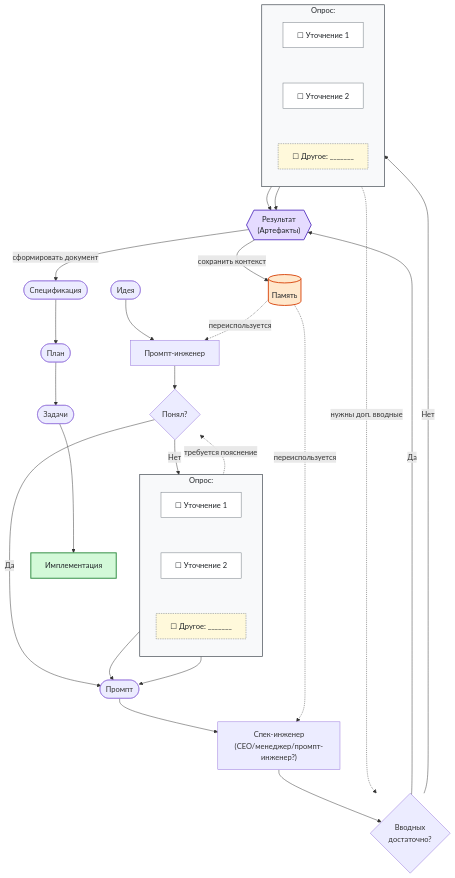
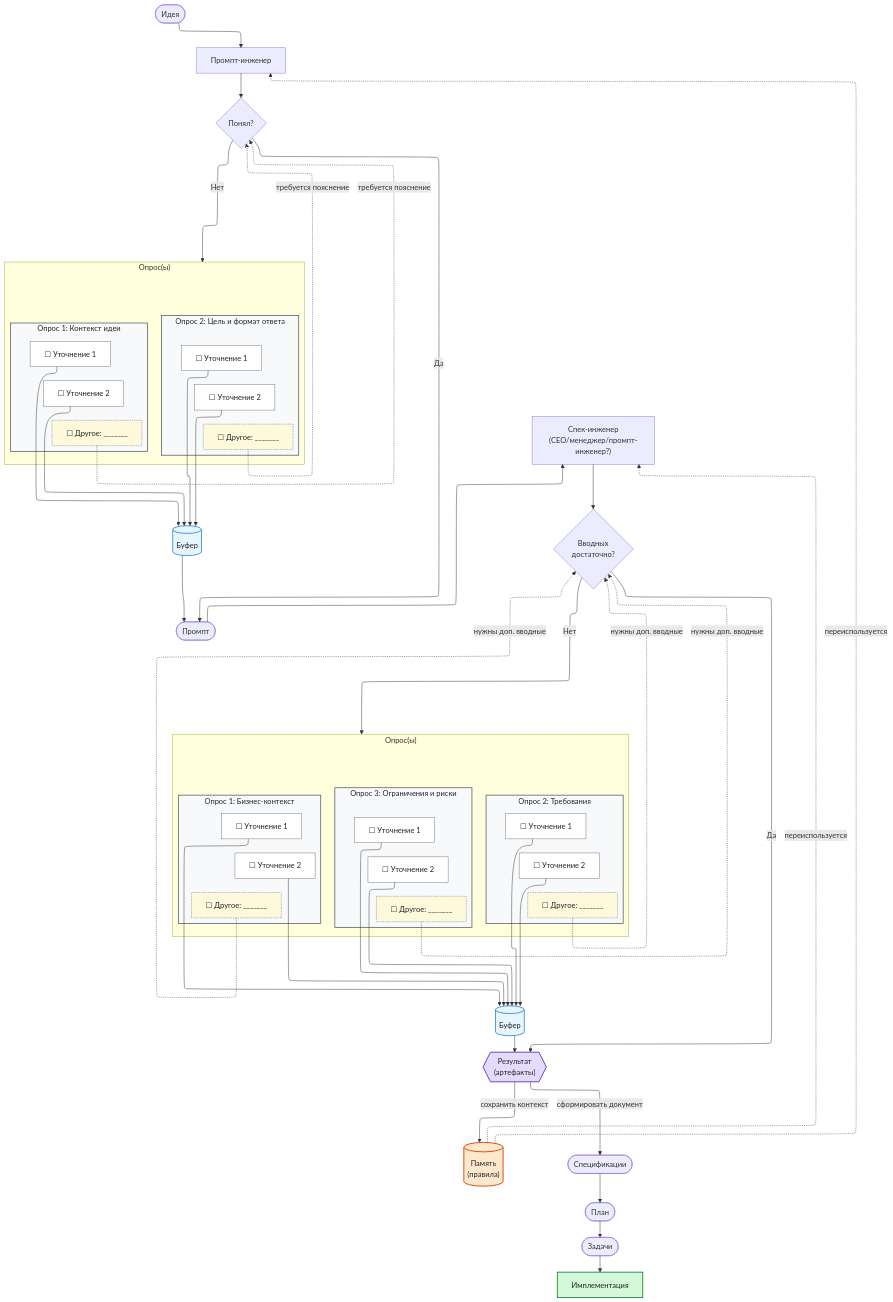
Before and after one commit to teratron/magic-spec: the diagram in .drafts/блок-схема.md, drawn with Mermaid. The commit also changed other lines of this file and 1 other file, not shown here.

Commit message:
Please provide the code changes or file diffs you would like me to summarize.

````diff
--- a/.drafts/блок-схема.md
+++ b/.drafts/блок-схема.md
@@ -5,60 +10,97 @@
 ```mermaid
-flowchart TD
+%%{init: {'flowchart': {'defaultRenderer': 'elk'}}}%%
+flowchart TB
     %% ================= БЛОК 1: ИДЕЯ -> ПРОМПТ =================
     A(["Идея"]) --> B["Промпт-инженер"] --> C{"Понял?"}
 
-    C -->|Нет| D1
+    C -->|Нет| OP
 
-    subgraph D["Опрос:"]
-        direction TB
-        D1["☐ Уточнение 1"]
-        D2["☐ Уточнение 2"]
-        D3["☐ Другое: _______"]
-        D1 ~~~ D2
-        D2 ~~~ D3
+    subgraph OP["Опрос(ы)"]
+        direction TD
+        subgraph OP1["Опрос 1: Контекст идеи"]
+            direction TB
+            p1a["☐ Уточнение 1"]
+            p1b["☐ Уточнение 2"]
+            p1x["☐ Другое: _______"]
+            p1a ~~~ p1b
+            p1b ~~~ p1x
+        end
+
+        subgraph OP2["Опрос 2: Цель и формат ответа"]
+            direction TB
+            p2a["☐ Уточнение 1"]
+            p2b["☐ Уточнение 2"]
+            p2x["☐ Другое: _______"]
+            p2a ~~~ p2b
+            p2b ~~~ p2x
+        end
     end
 
-    D1 --> E(["Промпт"])
-    D2 --> E
-    D3 -.->|требуется пояснение| C
+    A & B & C ~~~ OP & OP1 & OP2
+
+    p1a & p1b & p2a & p2b --> BF[("Буфер")]
+    p1x & p2x -.->|требуется пояснение| C
+
+    %% сборка артефакта из буфера всех уточнений
+    BF --> E(["Промпт"])
     C -->|Да| E
 
-    %% не даёт "Промпт" всплыть на уровень D3
-    D3 ~~~ E
+    %% не даёт "Промпт" всплыть на уровень "Буфер"
+    BF ~~~ E
 
-    %% ================= БЛОК 2: ПРОМПТ -> СПЕЦИФИКАЦИЯ =================
+    %% ================= БЛОК 2: ПРОМПТ -> АРТЕФАКТЫ =================
     E --> F["Спек-инженер<br />(CEO/менеджер/промпт-инженер?)"] --> G{"Вводных<br />достаточно?"}
 
-    G -->|Нет| S1
+    G -->|Нет| QS
 
-    subgraph S["Опрос:"]
-        direction TB
-        S1["☐ Уточнение 1"]
-        S2["☐ Уточнение 2"]
-        S3["☐ Другое: _______"]
-        S1 ~~~ S2
-        S2 ~~~ S3
+    subgraph QS["Опрос(ы)"]
+        direction TD
+        subgraph QS1["Опрос 1: Бизнес-контекст"]
+            direction TB
+            q1a["☐ Уточнение 1"]
+            q1b["☐ Уточнение 2"]
+            q1x["☐ Другое: _______"]
+            q1a ~~~ q1b
+            q1b ~~~ q1x
+        end
+
+        subgraph QS2["Опрос 2: Требования"]
+            direction TB
+            q2a["☐ Уточнение 1"]
+            q2b["☐ Уточнение 2"]
+            q2x["☐ Другое: _______"]
+            q2a ~~~ q2b
+            q2b ~~~ q2x
+        end
+
+        subgraph QS3["Опрос 3: Ограничения и риски"]
+            direction TB
+            q3a["☐ Уточнение 1"]
+            q3b["☐ Уточнение 2"]
+            q3x["☐ Другое: _______"]
+            q3a ~~~ q3b
+            q3b ~~~ q3x
+        end
     end
 
-    S1 --> R{{"Результат<br />(Артефакты)"}}
-    S2 --> R
-    S3 -.->|нужны доп. вводные| G
+    E & F & G ~~~ QS & QS1 & QS2 & QS3
+
+    q1a & q1b & q2a & q2b & q3a & q3b --> SB[("Буфер")]
+    q1x & q2x & q3x -.->|нужны доп. вводные| G
+
+    SB --> R{{"Результат<br />(артефакты)"}}
     G -->|Да| R
 
-    %% не даёт "Артефакты" всплыть на уровень S3
-    S3 ~~~ R
+    %% не даёт "Артефакты" всплыть на уровень "Буфер"
+    SB ~~~ R
 
-    %% ================= БЛОК 3: СПЕЦИФИКАЦИЯ -> ИМПЛЕМЕНТАЦИЯ =================
-    R -->|сохранить контекст| M[(Память)]
-    R -->|сформировать документ| H(["Спецификация"])
-    %% H --> I(["План"]) --> J(["Задачи"]) --> K["Имплементация"]
-    H --> I(["План"])
-    I --> J(["Задачи"])
-    J --> K["Имплементация"]
+    %% ================= БЛОК 3: АРТЕФАКТЫ -> ИМПЛЕМЕНТАЦИЯ =================
+    R -->|сохранить контекст| M[("Память<br />(правила)")]
+    R -->|сформировать документ| H(["Спецификации"])
+    H --> I(["План"]) --> J(["Задачи"]) --> K["Имплементация"]
 
     %% память питает следующие итерации
-    M -.->|переиспользуется| B
-    M -.->|переиспользуется| F
+    M -.->|переиспользуется| B & F
 
     %% не даёт "Память" всплыть на уровень "Артефакты"
     R ~~~ M
@@ -66,14 +108,21 @@
     %% --- оформление ---
     classDef item fill:#FFFFFF,stroke:#6C757D,stroke-width:1px,color:#212529
     classDef other fill:#FFF9DB,stroke:#6C757D,stroke-width:1px,stroke-dasharray:3 2,color:#212529
-    classDef work fill:#D3F9D8,stroke:#2B8A3E,stroke-width:2px,color:#212529
+    classDef buffer fill:#E7F5FF,stroke:#1971C2,stroke-width:1.5px,color:#212529
     classDef hub fill:#E5DBFF,stroke:#5F3DC4,stroke-width:2px,color:#212529
     classDef store fill:#FFE8CC,stroke:#D9480F,stroke-width:2px,color:#212529
-    class D1,D2,S1,S2 item
-    class D3,S3 other
+    classDef work fill:#D3F9D8,stroke:#2B8A3E,stroke-width:2px,color:#212529
+
+    class p1a,p1b,p2a,p2b,q1a,q1b,q2a,q2b,q3a,q3b item
+    class p1x,p2x,q1x,q2x,q3x other
+    class BF,SB buffer
     class R hub
     class M store
     class K work
-    style D fill:#F8F9FA,stroke:#495057,stroke-width:1.5px,color:#212529
-    style S fill:#F8F9FA,stroke:#495057,stroke-width:1.5px,color:#212529
+
+    style OP1 fill:#F8F9FA,stroke:#495057,stroke-width:1.5px,color:#212529
+    style OP2 fill:#F8F9FA,stroke:#495057,stroke-width:1.5px,color:#212529
+    style QS1 fill:#F8F9FA,stroke:#495057,stroke-width:1.5px,color:#212529
+    style QS2 fill:#F8F9FA,stroke:#495057,stroke-width:1.5px,color:#212529
+    style QS3 fill:#F8F9FA,stroke:#495057,stroke-width:1.5px,color:#212529
 ```
````
